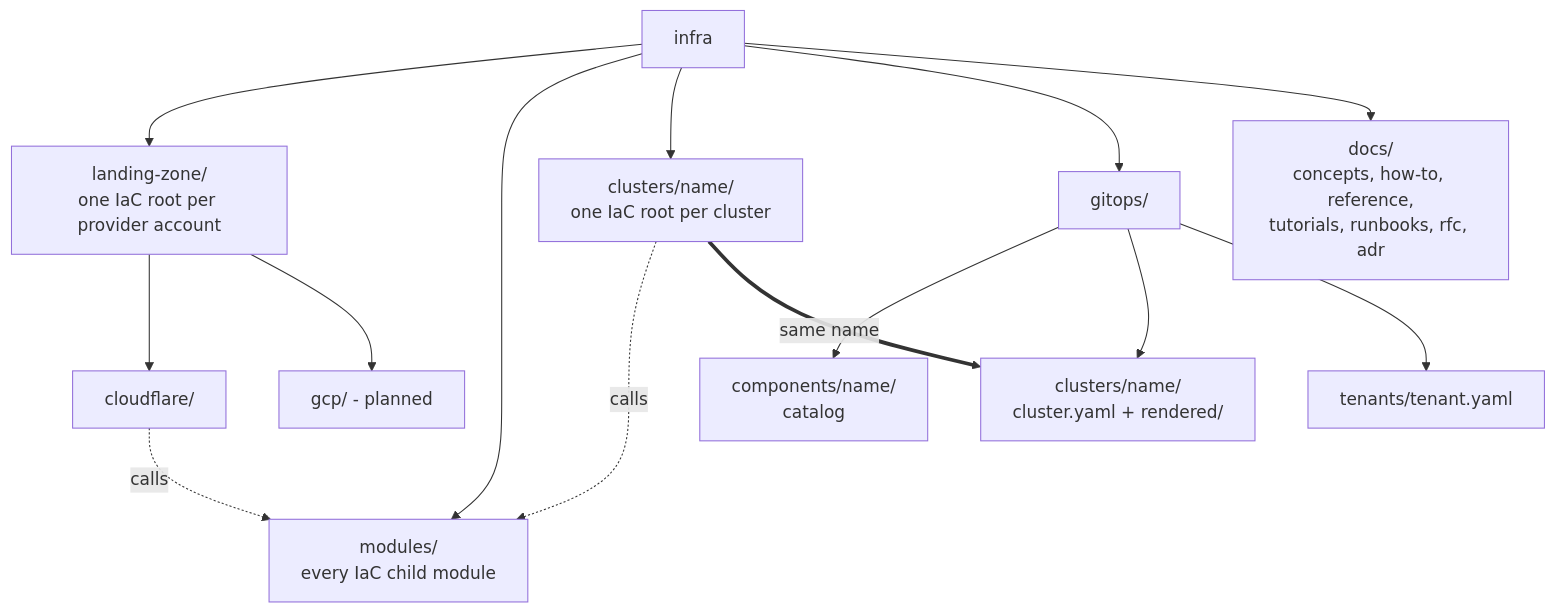
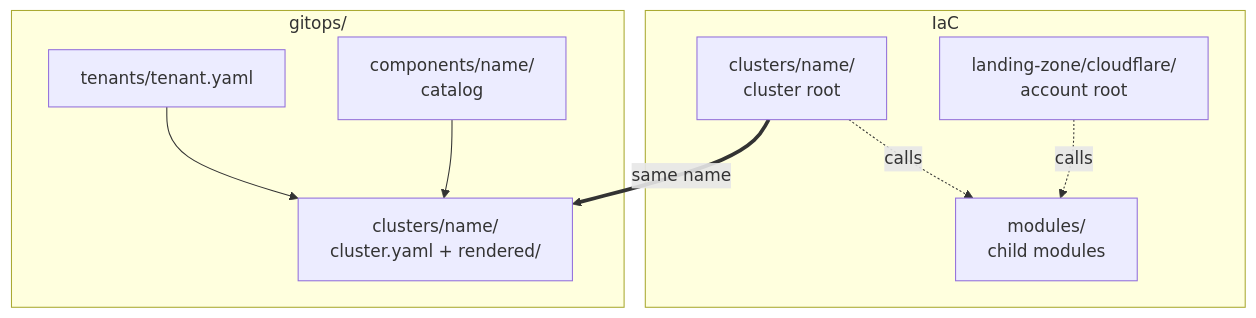
One commit to gsuquet/infra changed the diagram in docs/concepts/repository-layout.md. Above: the diagram before and after it, drawn with Mermaid. The commit also changed 16 other files, not shown here.

````diff
--- a/docs/concepts/repository-layout.md
+++ b/docs/concepts/repository-layout.md
@@ -8,17 +8,18 @@
 ```mermaid
 flowchart TB
-    repo[infra]
-    repo --> lz[landing-zone/<br/>one IaC root per provider account]
-    repo --> mod[modules/<br/>every IaC child module]
-    repo --> cl[clusters/name/<br/>one IaC root per cluster]
-    repo --> go[gitops/]
-    repo --> docs[docs/<br/>concepts, how-to, reference,<br/>tutorials, runbooks, rfc, adr]
-    lz --> lzcf[cloudflare/]
-    lz --> lzgcp[gcp/ - planned]
-    go --> gocomp[components/name/<br/>catalog]
-    go --> gocl[clusters/name/<br/>cluster.yaml + rendered/]
-    go --> got[tenants/tenant.yaml]
-    lzcf -. calls .-> mod
+    subgraph iac[IaC]
+        lz[landing-zone/cloudflare/<br/>account root]
+        cl[clusters/name/<br/>cluster root]
+        mod[modules/<br/>child modules]
+    end
+    subgraph go[gitops/]
+        gocomp[components/name/<br/>catalog]
+        got[tenants/tenant.yaml]
+        gocl[clusters/name/<br/>cluster.yaml + rendered/]
+    end
+    lz -. calls .-> mod
     cl -. calls .-> mod
     cl == same name ==> gocl
+    gocomp --> gocl
+    got --> gocl
 ```
````
